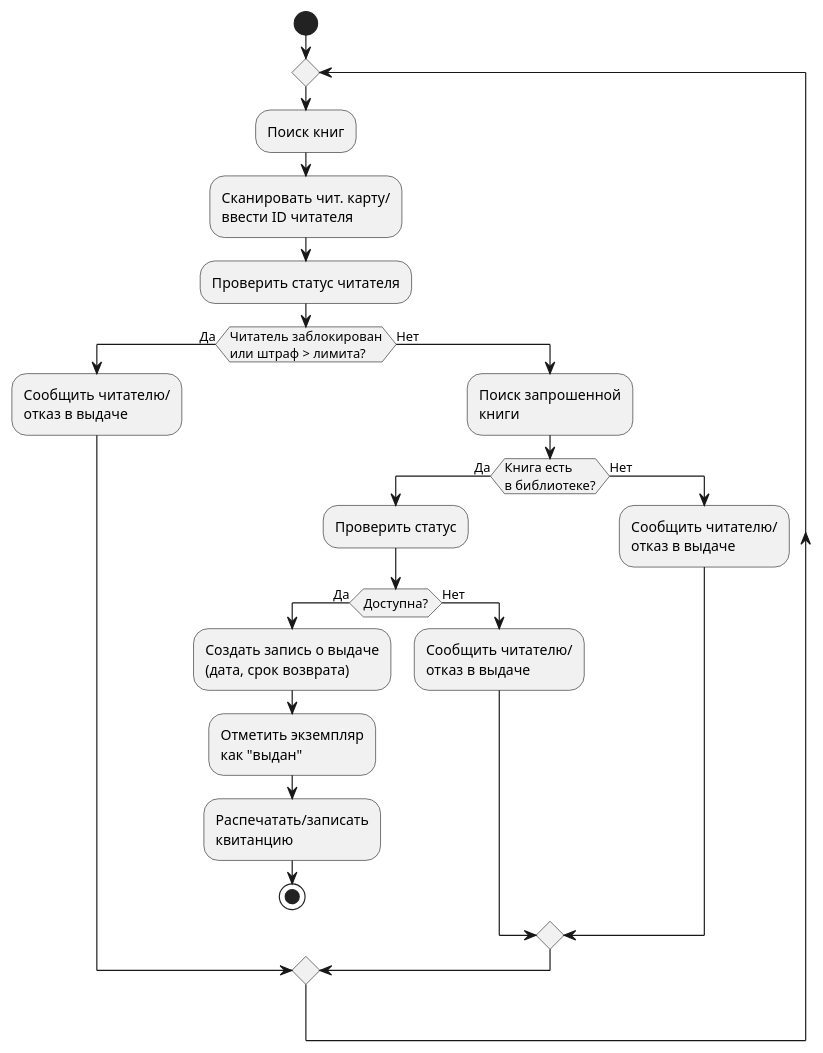
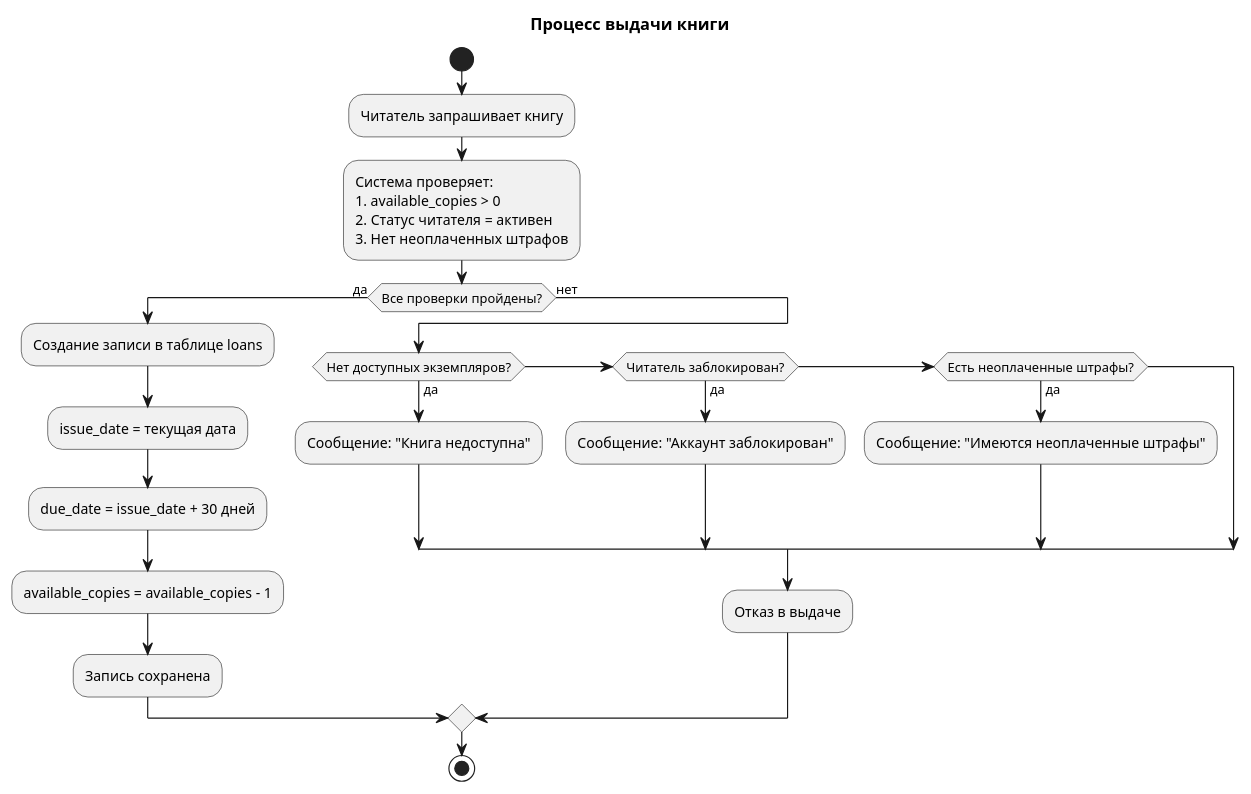
One commit to EmAnto0/InfProject changed the diagram in docs/diagrams/reader_do.puml. Above: the diagram before and after it, drawn with PlantUML. The commit also changed 10 other files, not shown here.

```diff
--- a/docs/diagrams/reader_do.puml
+++ b/docs/diagrams/reader_do.puml
@@ -1,25 +1,30 @@
 @startuml reader_do
+
+title Процесс выдачи книги
+
 start
-repeat
-:Поиск книг;
-:Сканировать чит. карту/\nввести ID читателя;
-:Проверить статус читателя;
-if (Читатель заблокирован\nили штраф > лимита?) then (Да)
-  :Сообщить читателю/\nотказ в выдаче;
-else (Нет)
-  :Поиск запрошенной\nкниги;
-  if (Книга есть\nв библиотеке?) then (Да)
-    :Проверить статус;
-    if (Доступна?) then (Да)
-      :Создать запись о выдаче\n(дата, срок возврата);
-      :Отметить экземпляр\nкак "выдан";
-      :Распечатать/записать\nквитанцию;
-      stop
-    else (Нет)
-      :Сообщить читателю/\nотказ в выдаче;
-    endif
-  else (Нет)
-    :Сообщить читателю/\nотказ в выдаче;
+:Читатель запрашивает книгу;
+:Система проверяет:
+1. available_copies > 0
+2. Статус читателя = активен
+3. Нет неоплаченных штрафов;
+
+if (Все проверки пройдены?) then (да)
+  :Создание записи в таблице loans;
+  :issue_date = текущая дата;
+  :due_date = issue_date + 30 дней;
+  :available_copies = available_copies - 1;
+  :Запись сохранена;
+else (нет)
+  if (Нет доступных экземпляров?) then (да)
+    :Сообщение: "Книга недоступна";
+  elseif (Читатель заблокирован?) then (да)
+    :Сообщение: "Аккаунт заблокирован";
+  elseif (Есть неоплаченные штрафы?) then (да)
+    :Сообщение: "Имеются неоплаченные штрафы";
   endif
+  :Отказ в выдаче;
 endif
+stop
+
 @enduml
```
